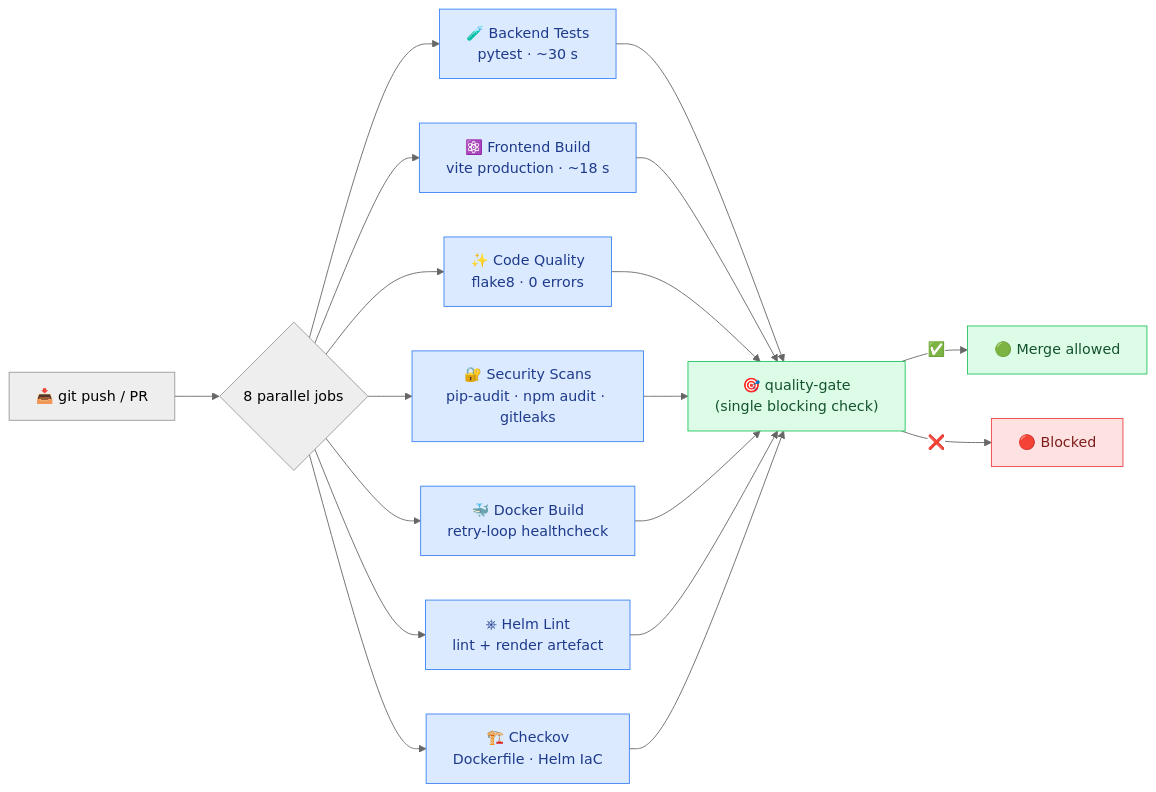
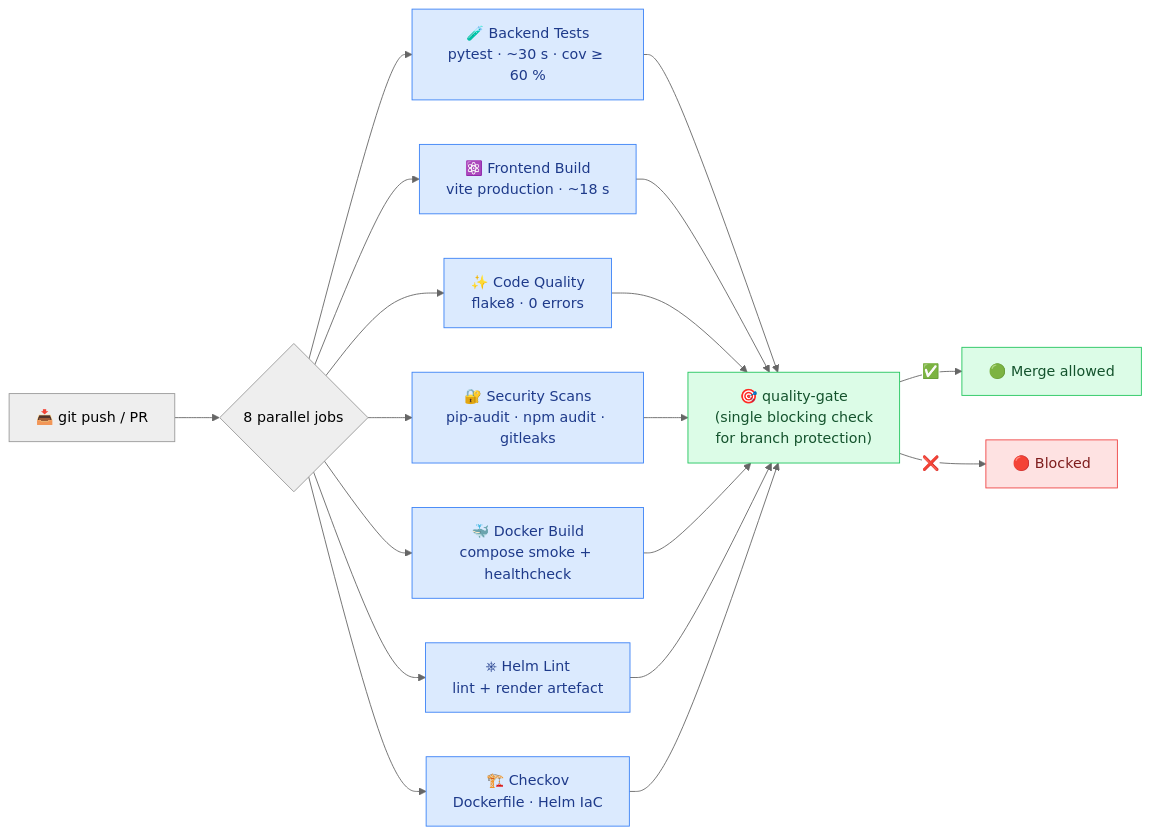
Before and after one commit to omarbabba779xx/CyberTwin-SOC: diagram 15 of 18 in README.md, drawn with Mermaid (neutral theme). The commit also changed other lines of this file and 2 other files, not shown here.

````diff
--- a/README.md
+++ b/README.md
@@ -652,23 +952,23 @@
 ```mermaid
 flowchart LR
     PUSH["📥 git push / PR"] --> JOBS{8 parallel jobs}
 
-    JOBS --> J1["🧪 Backend Tests<br/>pytest · ~30 s"]
+    JOBS --> J1["🧪 Backend Tests<br/>pytest · ~30 s · cov ≥ 60 %"]
     JOBS --> J2["⚛️ Frontend Build<br/>vite production · ~18 s"]
     JOBS --> J3["✨ Code Quality<br/>flake8 · 0 errors"]
     JOBS --> J4["🔐 Security Scans<br/>pip-audit · npm audit · gitleaks"]
-    JOBS --> J5["🐳 Docker Build<br/>retry-loop healthcheck"]
+    JOBS --> J5["🐳 Docker Build<br/>compose smoke + healthcheck"]
     JOBS --> J6["⎈ Helm Lint<br/>lint + render artefact"]
     JOBS --> J7["🏗️ Checkov<br/>Dockerfile · Helm IaC"]
 
-    J1 & J2 & J3 & J4 & J5 & J6 & J7 --> QG["🎯 quality-gate<br/>(single blocking check)"]
+    J1 & J2 & J3 & J4 & J5 & J6 & J7 --> QG["🎯 quality-gate<br/>(single blocking check<br/>for branch protection)"]
     QG -->|✅| MERGE["🟢 Merge allowed"]
     QG -->|❌| BLOCK["🔴 Blocked"]
 
     classDef job fill:#dbeafe,stroke:#3b82f6,color:#1e3a8a
     classDef pass fill:#dcfce7,stroke:#22c55e,color:#14532d
     classDef fail fill:#fee2e2,stroke:#ef4444,color:#7f1d1d
     class J1,J2,J3,J4,J5,J6,J7 job
     class QG,MERGE pass
     class BLOCK fail
 ```
````
